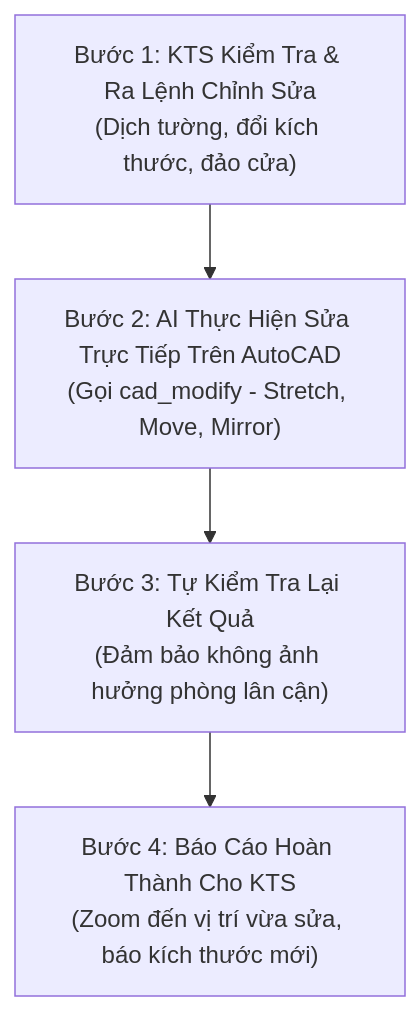
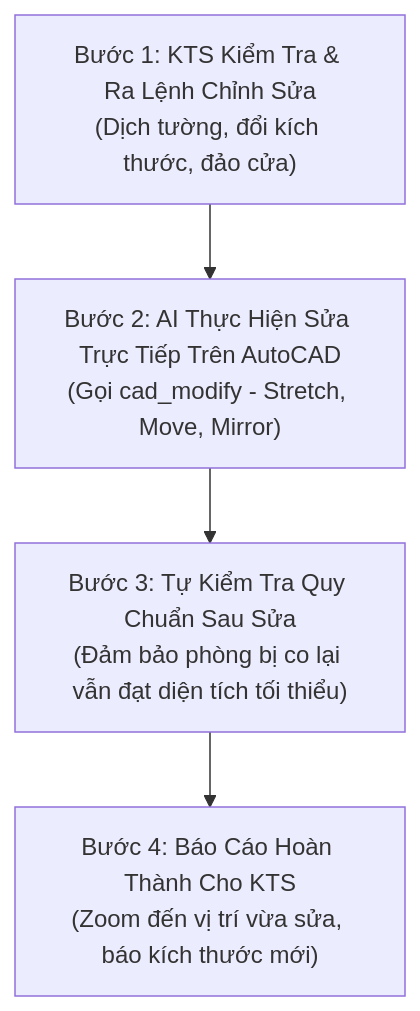
Before and after one commit to haianhdskt-boop/autocad-ai-mcp: the second of 2 diagrams in WORKFLOW.md, drawn with Mermaid. The commit also changed other lines of this file and 5 other files, not shown here.

Commit message:
feat: integrate architecture-reference-library pre-drafting standards and full-plan compliance audit

````diff
--- a/WORKFLOW.md
+++ b/WORKFLOW.md
@@ -69,6 +108,10 @@
 ```mermaid
 flowchart TD
-    M1["Bước 1: KTS Kiểm Tra & Ra Lệnh Chỉnh Sửa\n(Dịch tường, đổi kích thước, đảo cửa)"] --> M2["Bước 2: AI Thực Hiện Sửa Trực Tiếp Trên AutoCAD\n(Gọi cad_modify - Stretch, Move, Mirror)"]
-    M2 --> M3["Bước 3: Tự Kiểm Tra Lại Kết Quả\n(Đảm bảo không ảnh hưởng phòng lân cận)"]
-    M3 --> M4["Bước 4: Báo Cáo Hoàn Thành Cho KTS\n(Zoom đến vị trí vừa sửa, báo kích thước mới)"]
+    M1["Bước 1: KTS Kiểm Tra & Ra Lệnh Chỉnh Sửa
+(Dịch tường, đổi kích thước, đảo cửa)"] --> M2["Bước 2: AI Thực Hiện Sửa Trực Tiếp Trên AutoCAD
+(Gọi cad_modify - Stretch, Move, Mirror)"]
+    M2 --> M3["Bước 3: Tự Kiểm Tra Quy Chuẩn Sau Sửa
+(Đảm bảo phòng bị co lại vẫn đạt diện tích tối thiểu)"]
+    M3 --> M4["Bước 4: Báo Cáo Hoàn Thành Cho KTS
+(Zoom đến vị trí vừa sửa, báo kích thước mới)"]
 ```
````
